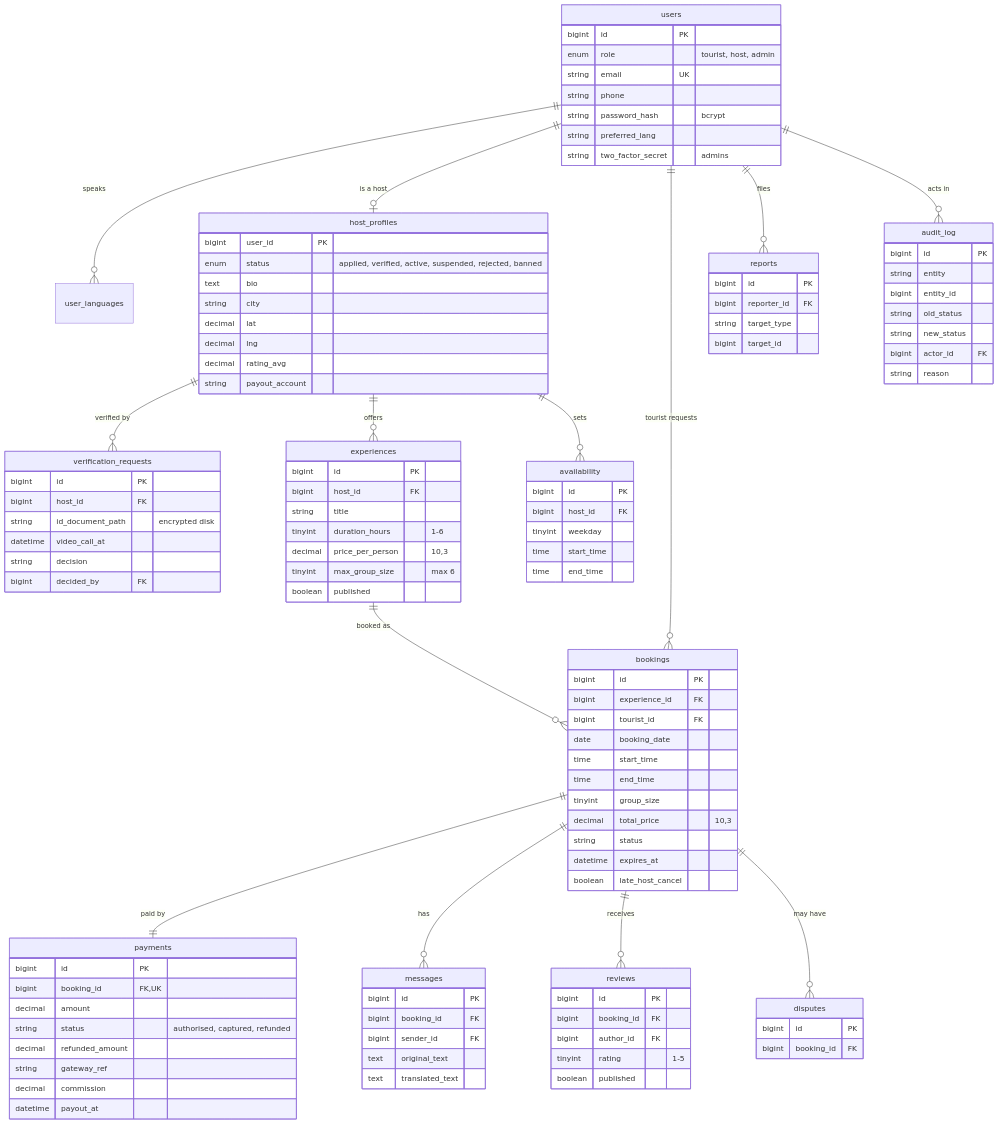
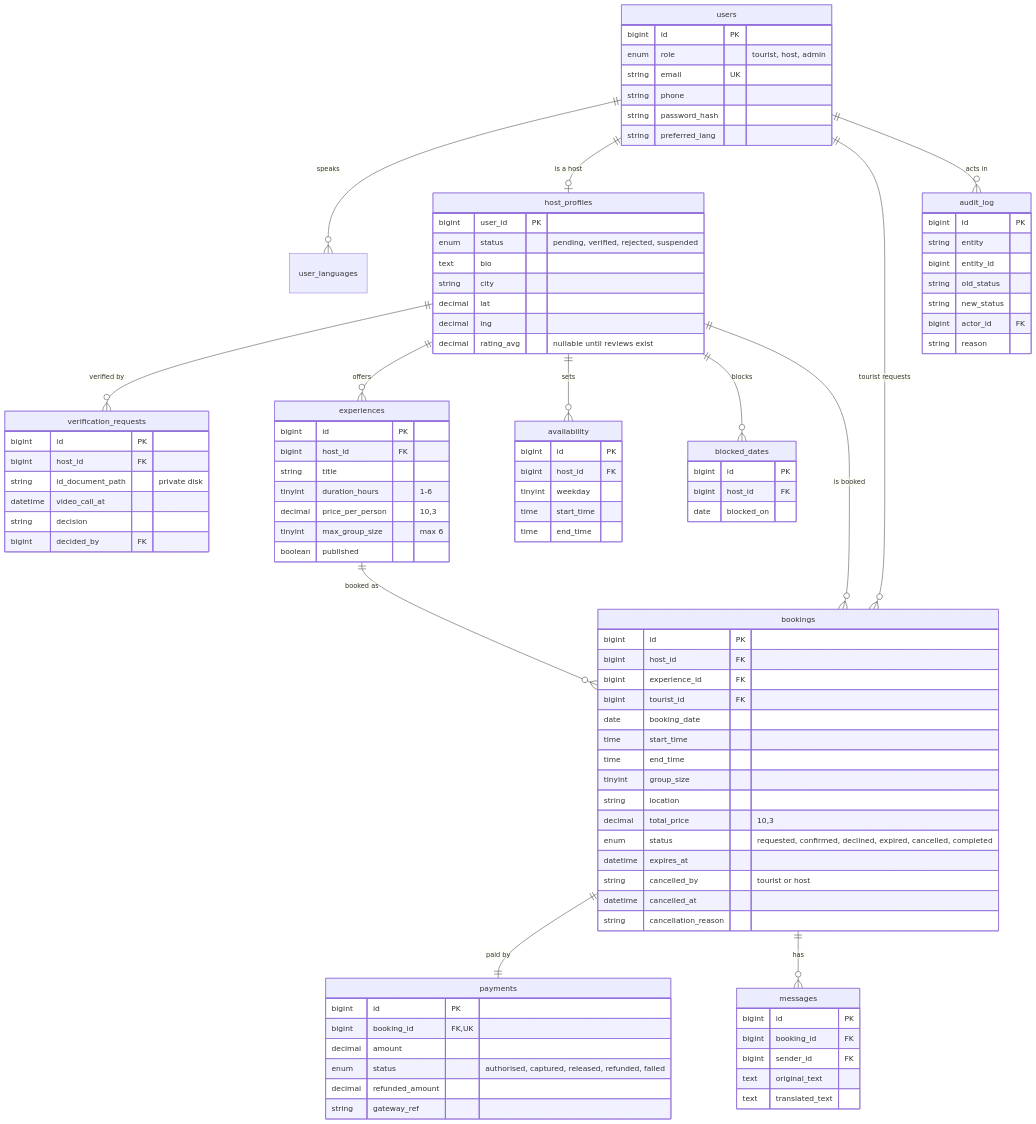
The second of 6 diagrams in docs/architecture.md (nourbouzir/Ahla), drawn with Mermaid before and after one commit. The commit also changed other lines of this file and 5 other files, not shown here.

```diff
--- a/docs/architecture.md
+++ b/docs/architecture.md
@@ -142,13 +139,12 @@
     host_profiles ||--o{ verification_requests : "verified by"
     host_profiles ||--o{ experiences : offers
     host_profiles ||--o{ availability : sets
+    host_profiles ||--o{ blocked_dates : blocks
+    host_profiles ||--o{ bookings : "is booked"
     users ||--o{ bookings : "tourist requests"
     experiences ||--o{ bookings : "booked as"
     bookings ||--|| payments : "paid by"
     bookings ||--o{ messages : has
-    bookings ||--o{ reviews : receives
-    bookings ||--o{ disputes : "may have"
-    users ||--o{ reports : files
     users ||--o{ audit_log : "acts in"
 
     users {
@@ -156,24 +152,22 @@
         enum role "tourist, host, admin"
         string email UK
         string phone
-        string password_hash "bcrypt"
+        string password_hash
         string preferred_lang
-        string two_factor_secret "admins"
     }
     host_profiles {
         bigint user_id PK
-        enum status "applied, verified, active, suspended, rejected, banned"
+        enum status "pending, verified, rejected, suspended"
         text bio
         string city
         decimal lat
         decimal lng
-        decimal rating_avg
-        string payout_account
+        decimal rating_avg "nullable until reviews exist"
     }
     verification_requests {
         bigint id PK
         bigint host_id FK
-        string id_document_path "encrypted disk"
+        string id_document_path "private disk"
         datetime video_call_at
         string decision
         bigint decided_by FK
@@ -194,28 +188,35 @@
         time start_time
         time end_time
     }
+    blocked_dates {
+        bigint id PK
+        bigint host_id FK
+        date blocked_on
+    }
     bookings {
         bigint id PK
+        bigint host_id FK
         bigint experience_id FK
         bigint tourist_id FK
         date booking_date
         time start_time
         time end_time
         tinyint group_size
+        string location
         decimal total_price "10,3"
-        string status
+        enum status "requested, confirmed, declined, expired, cancelled, completed"
         datetime expires_at
-        boolean late_host_cancel
+        string cancelled_by "tourist or host"
+        datetime cancelled_at
+        string cancellation_reason
     }
     payments {
         bigint id PK
         bigint booking_id FK, UK
         decimal amount
-        string status "authorised, captured, refunded"
+        enum status "authorised, captured, released, refunded, failed"
         decimal refunded_amount
         string gateway_ref
-        decimal commission
-        datetime payout_at
     }
     messages {
         bigint id PK
@@ -223,23 +224,6 @@
         bigint sender_id FK
         text original_text
         text translated_text
-    }
-    reviews {
-        bigint id PK
-        bigint booking_id FK
-        bigint author_id FK
-        tinyint rating "1-5"
-        boolean published
-    }
-    disputes {
-        bigint id PK
-        bigint booking_id FK
-    }
-    reports {
-        bigint id PK
-        bigint reporter_id FK
-        string target_type
-        bigint target_id
     }
     audit_log {
         bigint id PK
```
